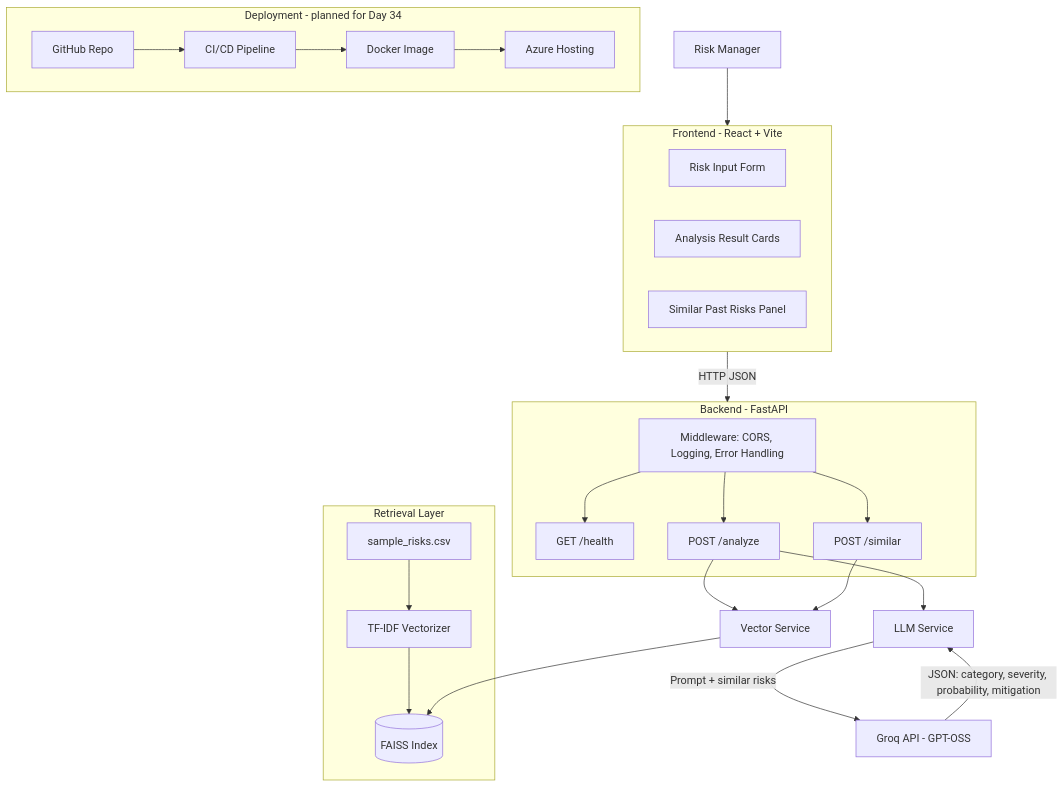
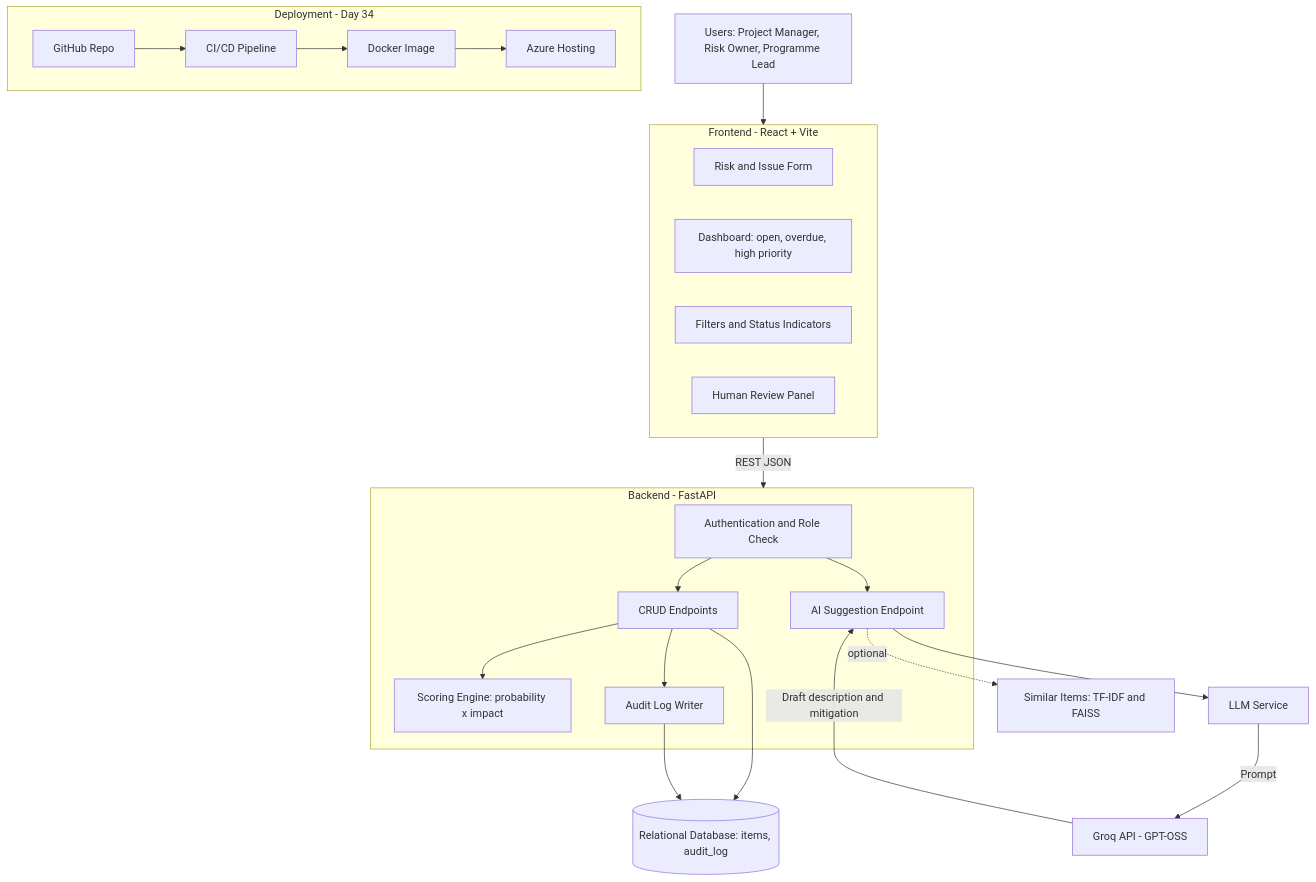
Before and after one commit to hershul12/ai-risk-issue-assistant: the diagram in docs/architecture.md, drawn with Mermaid. The commit also changed other lines of this file and 4 other files, not shown here.

Commit message:
Day 31: align problem statement, requirements and architecture with project brief

````diff
--- a/docs/architecture.md
+++ b/docs/architecture.md
@@ -5,41 +3,38 @@
 ```mermaid
 flowchart TB
-    U["Risk Manager"] --> UI
+    U["Users: Project Manager, Risk Owner, Programme Lead"] --> UI
 
     subgraph UI["Frontend - React + Vite"]
-        FORM["Risk Input Form"]
-        RESULT["Analysis Result Cards"]
-        SIMILAR["Similar Past Risks Panel"]
+        FORM["Risk and Issue Form"]
+        DASH["Dashboard: open, overdue, high priority"]
+        FILT["Filters and Status Indicators"]
+        REV["Human Review Panel"]
     end
 
-    UI -->|"HTTP JSON"| API
+    UI -->|"REST JSON"| API
 
     subgraph API["Backend - FastAPI"]
-        MW["Middleware: CORS, Logging, Error Handling"]
-        R1["GET /health"]
-        R2["POST /analyze"]
-        R3["POST /similar"]
-        MW --> R1
-        MW --> R2
-        MW --> R3
+        AUTH["Authentication and Role Check"]
+        CRUD["CRUD Endpoints"]
+        SCORE["Scoring Engine: probability x impact"]
+        SUGG["AI Suggestion Endpoint"]
+        AUDIT["Audit Log Writer"]
+        AUTH --> CRUD
+        AUTH --> SUGG
+        CRUD --> SCORE
+        CRUD --> AUDIT
     end
 
-    R2 --> VS["Vector Service"]
-    R3 --> VS
-    R2 --> LLMS["LLM Service"]
+    CRUD --> DB[("Relational Database: items, audit_log")]
+    AUDIT --> DB
+    SUGG --> LLM["LLM Service"]
+    LLM -->|"Prompt"| GROQ["Groq API - GPT-OSS"]
+    GROQ -->|"Draft description and mitigation"| SUGG
+    SUGG -.->|"optional"| SIM["Similar Items: TF-IDF and FAISS"]
 
-    subgraph RAG["Retrieval Layer"]
-        CSV["sample_risks.csv"] --> TFIDF["TF-IDF Vectorizer"]
-        TFIDF --> FAISS[("FAISS Index")]
-    end
-
-    VS --> FAISS
-    LLMS -->|"Prompt + similar risks"| GROQ["Groq API - GPT-OSS"]
-    GROQ -->|"JSON: category, severity, probability, mitigation"| LLMS
-
-    subgraph DEVOPS["Deployment - planned for Day 34"]
+    subgraph DEVOPS["Deployment - Day 34"]
         GH["GitHub Repo"] --> CICD["CI/CD Pipeline"]
         CICD --> DOCKER["Docker Image"]
         DOCKER --> AZURE["Azure Hosting"]
     end
 ```
````
